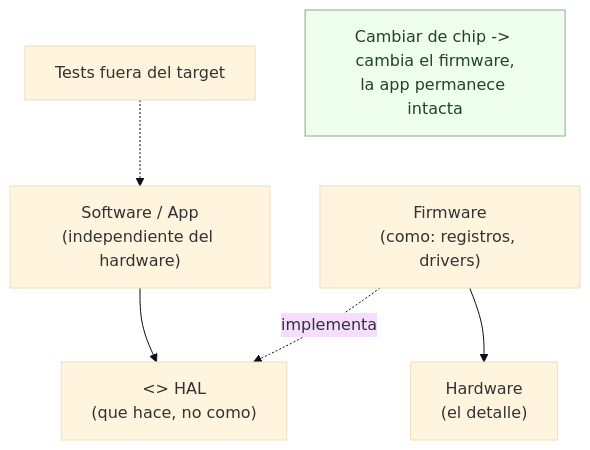
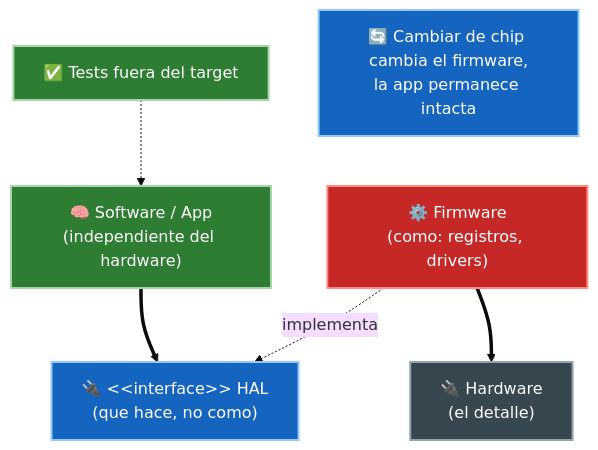
The second of 2 diagrams in 13-temas-transversales/05-arquitectura-embebida.md (JavierMachucaA/clean-architecture-guia), drawn with Mermaid (base theme) before and after one commit. The commit also changed other lines of this file and 45 other files, not shown here.

````diff
--- a/13-temas-transversales/05-arquitectura-embebida.md
+++ b/13-temas-transversales/05-arquitectura-embebida.md
@@ -48,14 +58,24 @@
 ```mermaid
 flowchart TB
-    App["Software / App\n(independiente del hardware)"]
-    HAL["<<interface>> HAL\n(que hace, no como)"]
-    FW["Firmware\n(como: registros, drivers)"]
-    HW["Hardware\n(el detalle)"]
+    App["🧠 Software / App<br/>(independiente del hardware)"]
+    HAL["🔌 &lt;&lt;interface&gt;&gt; HAL<br/>(que hace, no como)"]
+    FW["⚙️ Firmware<br/>(como: registros, drivers)"]
+    HW["🔌 Hardware<br/>(el detalle)"]
 
-    App --> HAL
+    App ==> HAL
     FW -. implementa .-> HAL
-    FW --> HW
-    Test["Tests fuera del target"] -.-> App
-    Nota["Cambiar de chip -> cambia el firmware,\nla app permanece intacta"]:::n
-    classDef n fill:#efe,stroke:#8a8,color:#242;
+    FW ==> HW
+    Test["✅ Tests fuera del target"] -.-> App
+    Nota["🔄 Cambiar de chip cambia el firmware,<br/>la app permanece intacta"]:::nota
+
+    class App nucleo
+    class HAL iface
+    class FW detalle
+    class HW ext
+    class Test nucleo
+    classDef nucleo fill:#2e7d32,stroke:#a5d6a7,color:#fff,stroke-width:2px
+    classDef iface fill:#1565c0,stroke:#90caf9,color:#fff,stroke-width:2px
+    classDef detalle fill:#c62828,stroke:#ff8a80,color:#fff,stroke-width:2px
+    classDef ext fill:#37474f,stroke:#90a4ae,color:#fff,stroke-width:2px
+    classDef nota fill:#1565c0,stroke:#90caf9,color:#fff,stroke-width:2px
 ```
````
